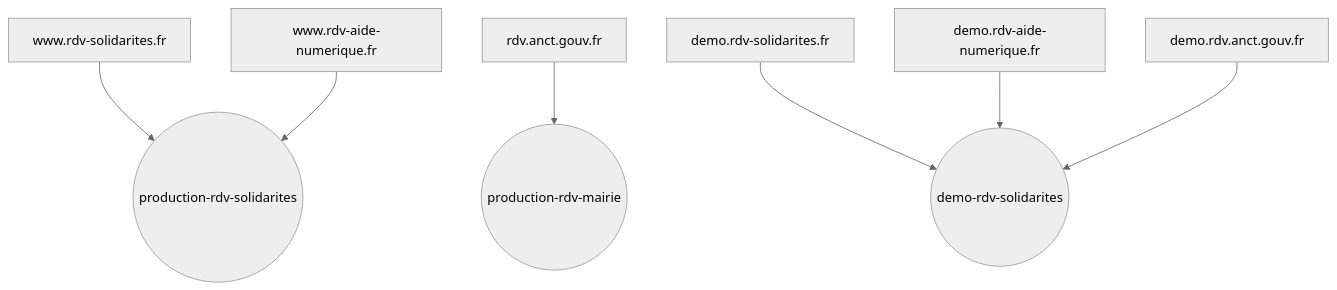
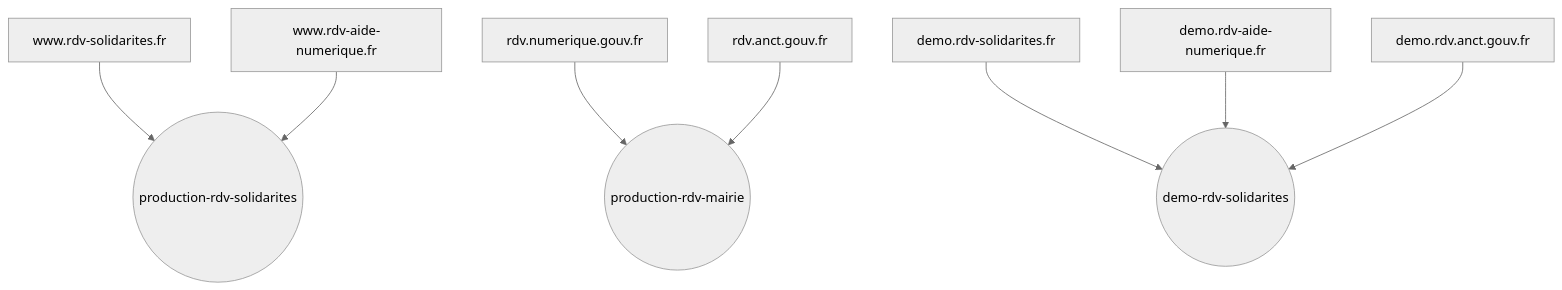
Before and after one commit to betagouv/rdv-service-public: the first of 5 diagrams in docs/architecture-technique.md, drawn with Mermaid (neutral theme). The commit also changed other lines of this file and 13 other files, not shown here.

````diff
--- a/docs/architecture-technique.md
+++ b/docs/architecture-technique.md
@@ -142,25 +142,27 @@
 ```mermaid
 flowchart TD
     %% Domaines de prod
     www.rdv-solidarites.fr
     www.rdv-aide-numerique.fr
+    rdv.numerique.gouv.fr
     rdv.anct.gouv.fr
 
     %% Domaines de demo
     demo.rdv-solidarites.fr
     demo.rdv-aide-numerique.fr
     demo.rdv.anct.gouv.fr
 
     %% Apps Scalingo
     production-rdv-solidarites((production-rdv-solidarites))
     production-rdv-mairie((production-rdv-mairie))
     demo-rdv-solidarites((demo-rdv-solidarites))
 
     %% Relations domaine -> app
     www.rdv-solidarites.fr --> production-rdv-solidarites
     www.rdv-aide-numerique.fr --> production-rdv-solidarites
+    rdv.numerique.gouv.fr --> production-rdv-mairie
     rdv.anct.gouv.fr --> production-rdv-mairie
     demo.rdv-solidarites.fr --> demo-rdv-solidarites
     demo.rdv-aide-numerique.fr --> demo-rdv-solidarites
     demo.rdv.anct.gouv.fr --> demo-rdv-solidarites
 ```
````
